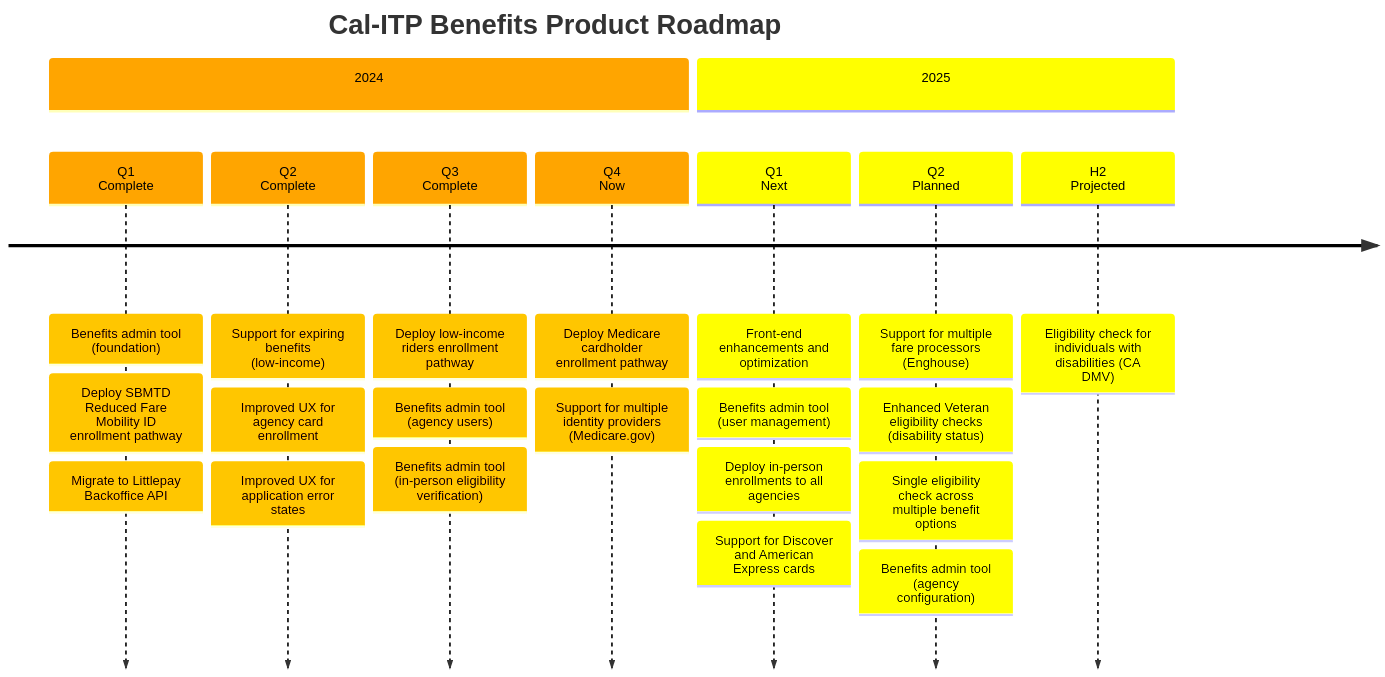
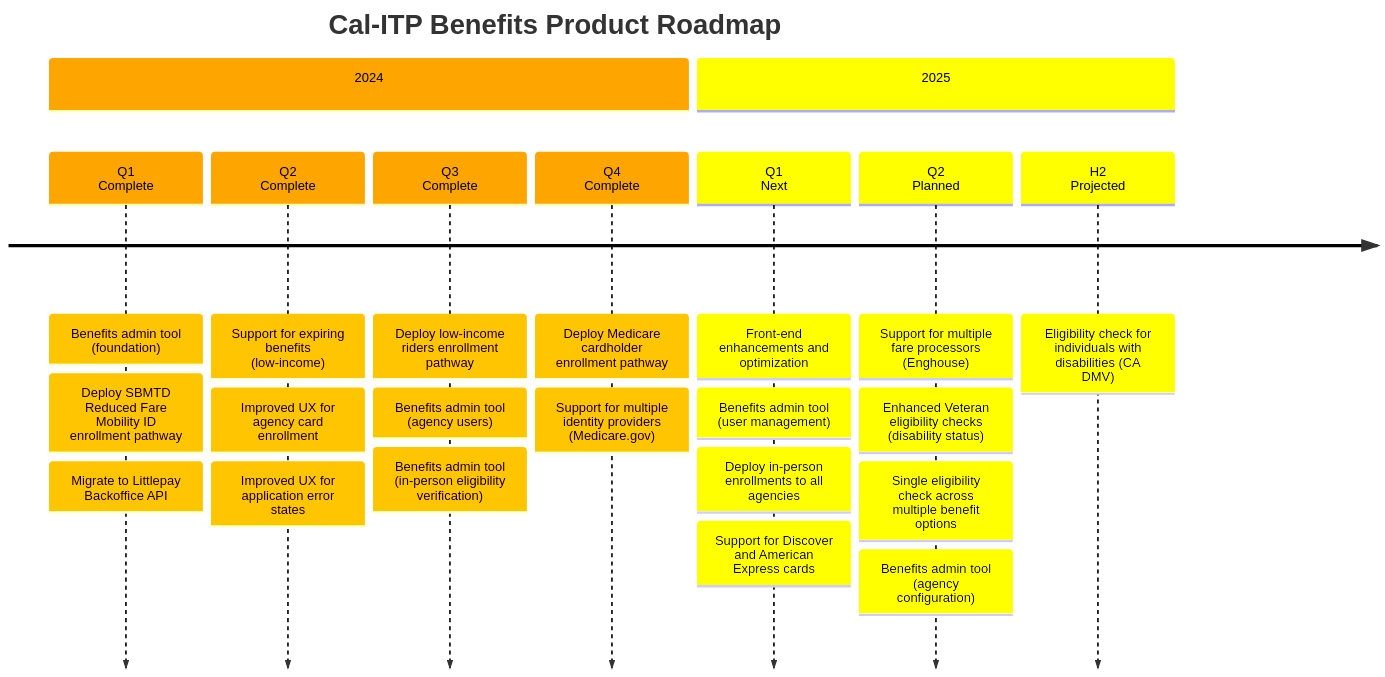
Before and after one commit to cal-itp/benefits: the diagram in docs/enrollment-pathways/README.md, drawn with Mermaid.

Commit message:
Updating status of work for Q4
- changed label from "Now" to "Complete" as we're a week or so away from wrapping up work for the quarter.

````diff
--- a/docs/enrollment-pathways/README.md
+++ b/docs/enrollment-pathways/README.md
@@ -19,60 +19,60 @@
 ```mermaid
 timeline
     title Cal-ITP Benefits Product Roadmap
 %% Cal-ITP Benefits Epics (2024)
           section 2024
 
           Q1<br>Complete
           : Benefits admin tool (foundation)
           : Deploy SBMTD Reduced Fare Mobility ID enrollment pathway
           : Migrate to Littlepay Backoffice API
 
           Q2<br>Complete
           : Support for expiring benefits (low-income)
           : Improved UX for agency card enrollment
           : Improved UX for application error states
 
           Q3<br>Complete
           : Deploy low-income riders enrollment pathway
           : Benefits admin tool (agency users)
           : Benefits admin tool (in-person eligibility verification)
 
-          Q4<br>Now
+          Q4<br>Complete
           : Deploy Medicare cardholder enrollment pathway
           : Support for multiple identity providers (Medicare.gov)
 
 %% Cal-ITP Benefits Epics (2025)
           section 2025
 
           Q1<br>Next
         : Front-end enhancements and optimization
         : Benefits admin tool (user management)
         : Deploy in-person enrollments to all agencies
       %%: Deploy Connect Card enrollment pathway to SACOG agencies
         : Support for Discover and American Express cards
 
           Q2<br>Planned
         : Support for multiple fare processors (Enghouse)
         : Enhanced Veteran eligibility checks (disability status)
         : Single eligibility check across multiple benefit options
         : Benefits admin tool (agency configuration)
 
           H2<br>Projected
         : Eligibility check for individuals with disabilities (CA DMV)
 
 %%{
     init: {
         'logLevel': 'debug',
         'theme': 'default' ,
         'themeVariables': {
             'cScale0': '#ffa500', 'cScaleLabel0': '#000000',
             'cScale1': '#ffff00', 'cScaleLabel1': '#000000',
             'cScale2': '#ffff00', 'cScaleLabel2': '#000000',
             'cScale3': '#008000', 'cScaleLabel3': '#ffffff',
             'cScale4': '#0000ff', 'cScaleLabel4': '#ffffff',
             'cScale5': '#4b0082', 'cScaleLabel5': '#ffffff',
             'cScale6': '#000000', 'cScaleLabel6': '#ffffff'
         }
     }
 }%%
 ```
````
